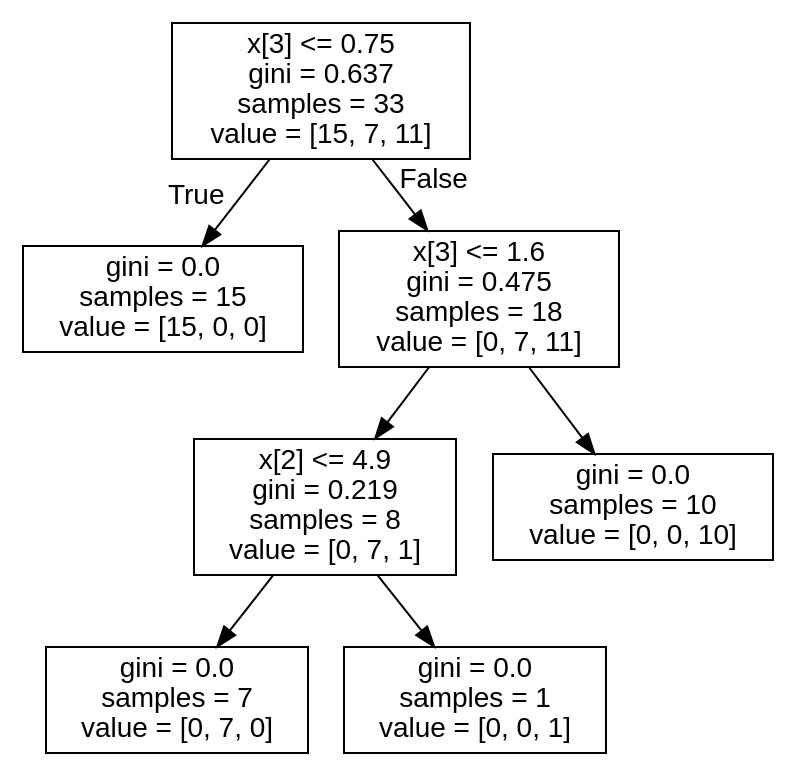
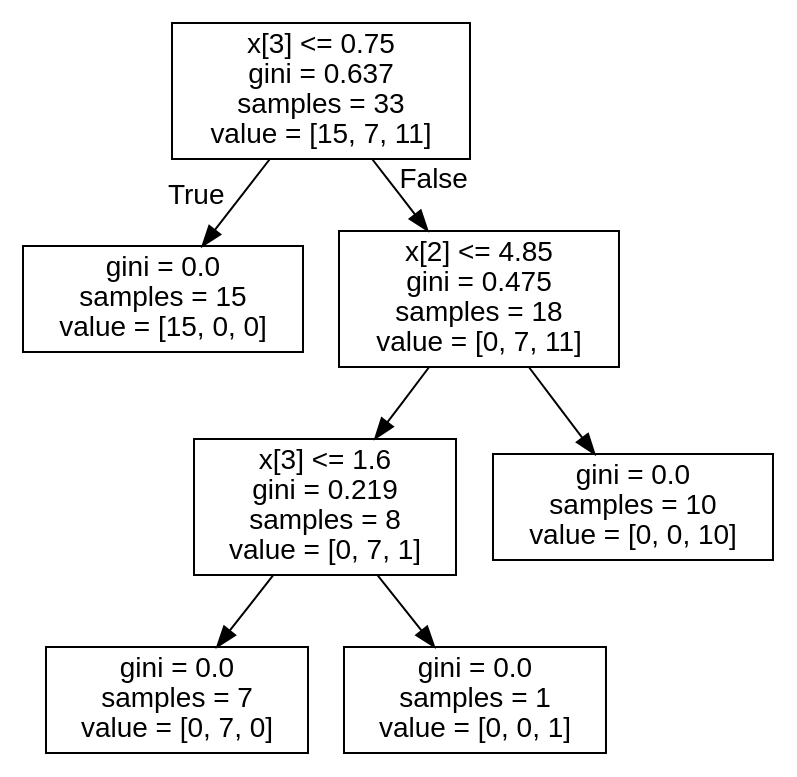
One commit to anjaneyak10/DecisionTree changed the diagram in irisRetraining.dot. Above: the diagram before and after it, drawn with Graphviz. The commit also changed 4 other files, not shown here.

```diff
--- a/irisRetraining.dot
+++ b/irisRetraining.dot
@@ -1,17 +1,17 @@
 digraph Tree {
 node [shape=box, fontname="helvetica"] ;
 edge [fontname="helvetica"] ;
 0 [label="x[3] <= 0.75\ngini = 0.637\nsamples = 33\nvalue = [15, 7, 11]"] ;
 1 [label="gini = 0.0\nsamples = 15\nvalue = [15, 0, 0]"] ;
 0 -> 1 [labeldistance=2.5, labelangle=45, headlabel="True"] ;
-2 [label="x[3] <= 1.6\ngini = 0.475\nsamples = 18\nvalue = [0, 7, 11]"] ;
+2 [label="x[2] <= 4.85\ngini = 0.475\nsamples = 18\nvalue = [0, 7, 11]"] ;
 0 -> 2 [labeldistance=2.5, labelangle=-45, headlabel="False"] ;
-3 [label="x[2] <= 4.9\ngini = 0.219\nsamples = 8\nvalue = [0, 7, 1]"] ;
+3 [label="x[3] <= 1.6\ngini = 0.219\nsamples = 8\nvalue = [0, 7, 1]"] ;
 2 -> 3 ;
 4 [label="gini = 0.0\nsamples = 7\nvalue = [0, 7, 0]"] ;
 3 -> 4 ;
 5 [label="gini = 0.0\nsamples = 1\nvalue = [0, 0, 1]"] ;
 3 -> 5 ;
 6 [label="gini = 0.0\nsamples = 10\nvalue = [0, 0, 10]"] ;
 2 -> 6 ;
 }
```
